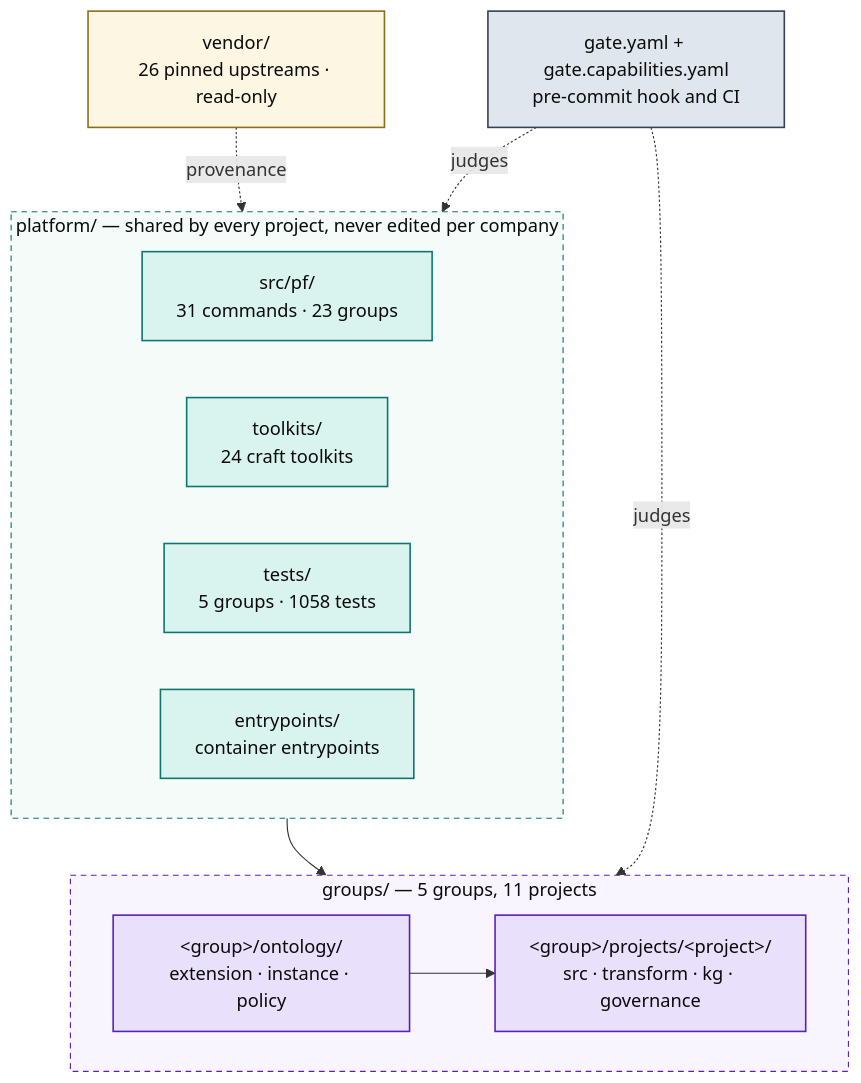
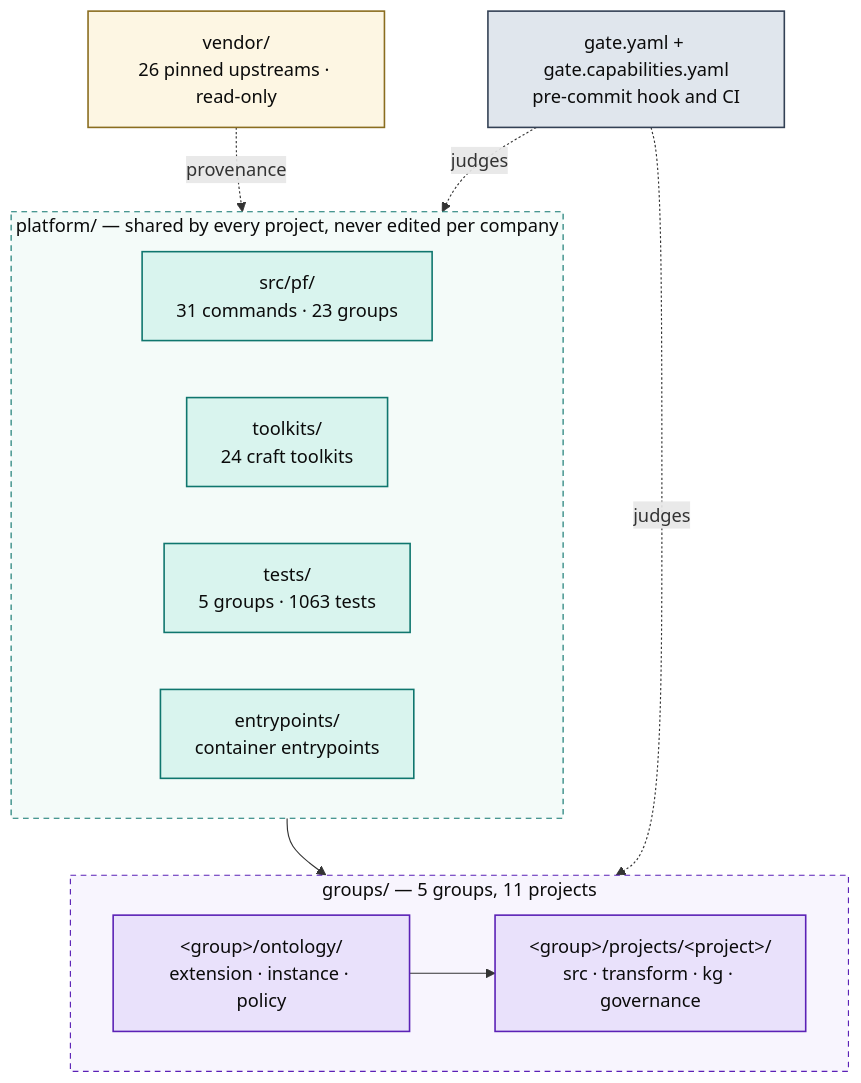
The first of 5 diagrams in docs/ARCHITECTURE.md (Atomz-org/data-platform), drawn with Mermaid before and after one commit. The commit also changed other lines of this file and 10 other files, not shown here.

````diff
--- a/docs/ARCHITECTURE.md
+++ b/docs/ARCHITECTURE.md
@@ -15,36 +15,36 @@
 ```mermaid
 flowchart TB
   subgraph SHARED["platform/ — shared by every project, never edited per company"]
     direction LR
     ENG["src/pf/<br/>31 commands · 23 groups"]
     TK["toolkits/<br/>24 craft toolkits"]
-    TST["tests/<br/>5 groups · 1058 tests"]
+    TST["tests/<br/>5 groups · 1063 tests"]
     ENT["entrypoints/<br/>container entrypoints"]
   end
 
   subgraph ENTITIES["groups/ — 5 groups, 11 projects"]
     direction LR
     GRP["&lt;group&gt;/ontology/<br/>extension · instance · policy"]
     PRJ["&lt;group&gt;/projects/&lt;project&gt;/<br/>src · transform · kg · governance"]
     GRP --> PRJ
   end
 
   VEN["vendor/<br/>26 pinned upstreams · read-only"]
   GATE["gate.yaml + gate.capabilities.yaml<br/>pre-commit hook and CI"]
 
   SHARED --> ENTITIES
   VEN -.provenance.-> SHARED
   GATE -.judges.-> ENTITIES
   GATE -.judges.-> SHARED
 
   classDef code fill:#d9f4ee,stroke:#0f766e,stroke-width:1.4px,color:#0b0b0b
   classDef data fill:#e9e1fb,stroke:#5b21b6,stroke-width:1.4px,color:#0b0b0b
   classDef gov fill:#e0e6ed,stroke:#334155,stroke-width:1.4px,color:#0b0b0b
   classDef ext fill:#fdf6e3,stroke:#8a6d1f,stroke-width:1.4px,color:#0b0b0b
   class ENG,TK,TST,ENT code
   class GRP,PRJ data
   class GATE gov
   class VEN ext
   style SHARED fill:#f4fbf9,stroke:#0f766e,stroke-dasharray:5 4,color:#0b0b0b
   style ENTITIES fill:#f8f5fe,stroke:#5b21b6,stroke-dasharray:5 4,color:#0b0b0b
 ```
````
